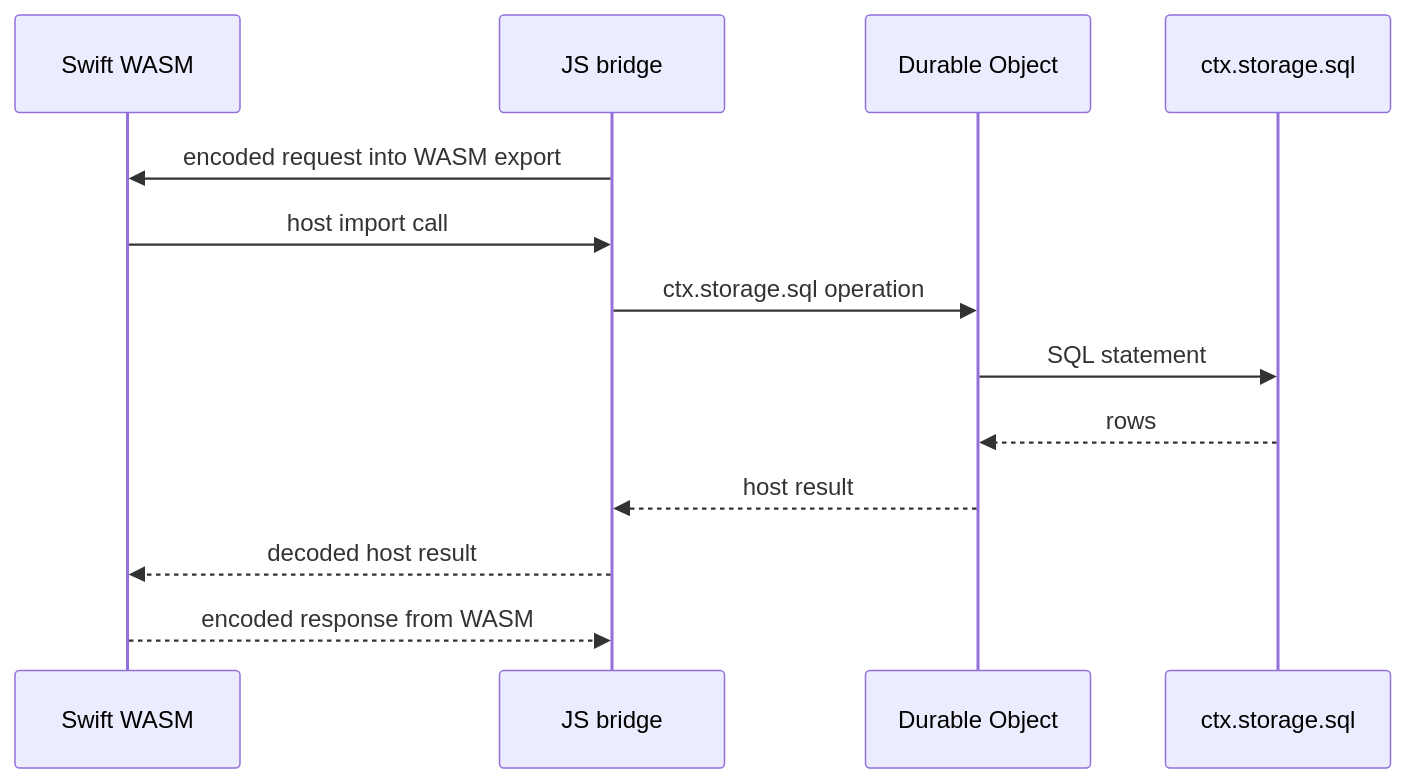
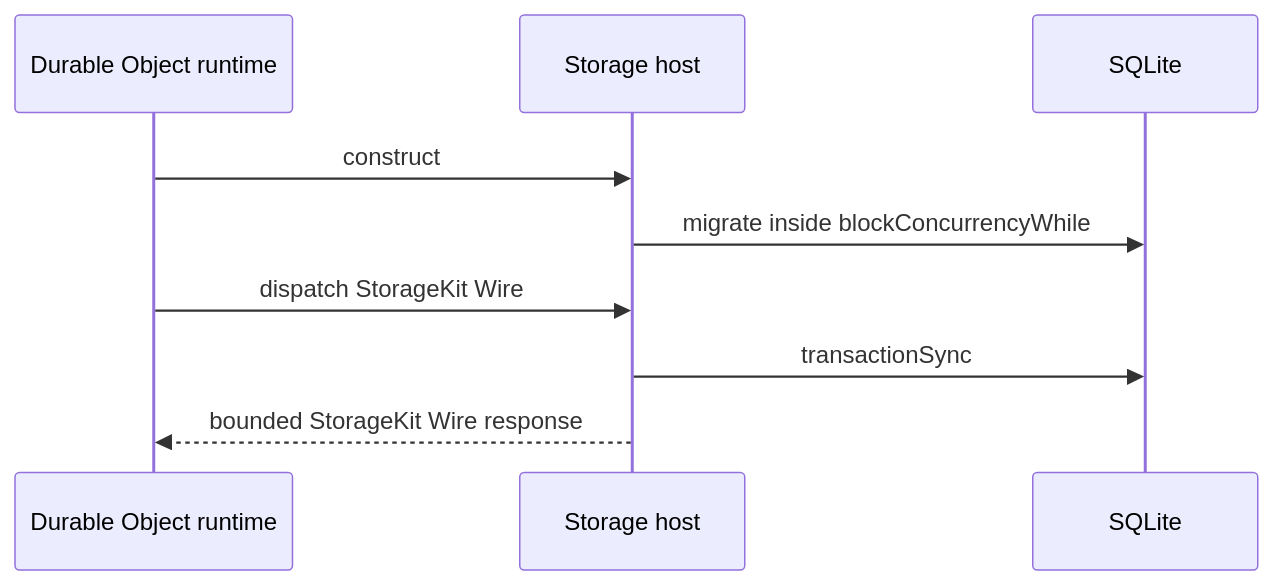
One commit to 1amageek/storage-kit changed the third of 3 diagrams in Docs/CLOUDFLARE_DURABLE_OBJECT_STORAGE_DESIGN.md. Above: the diagram before and after it, drawn with Mermaid. The commit also changed other lines of this file and 283 other files, not shown here.

Commit message:
Complete Durable Object storage transaction runtime

````diff
--- a/Docs/CLOUDFLARE_DURABLE_OBJECT_STORAGE_DESIGN.md
+++ b/Docs/CLOUDFLARE_DURABLE_OBJECT_STORAGE_DESIGN.md
@@ -1522,16 +316,11 @@
 ```mermaid
 sequenceDiagram
-  participant Swift as Swift WASM
-  participant Bridge as JS bridge
-  participant DO as Durable Object
-  participant SQL as ctx.storage.sql
-
-  Bridge->>Swift: encoded request into WASM export
-  Swift->>Bridge: host import call
-  Bridge->>DO: ctx.storage.sql operation
-  DO->>SQL: SQL statement
-  SQL-->>DO: rows
-  DO-->>Bridge: host result
-  Bridge-->>Swift: decoded host result
-  Swift-->>Bridge: encoded response from WASM
+    participant CF as Durable Object runtime
+    participant DO as Storage host
+    participant SQL as SQLite
+    CF->>DO: construct
+    DO->>SQL: migrate inside blockConcurrencyWhile
+    CF->>DO: dispatch StorageKit Wire
+    DO->>SQL: transactionSync
+    DO-->>CF: bounded StorageKit Wire response
 ```
````
